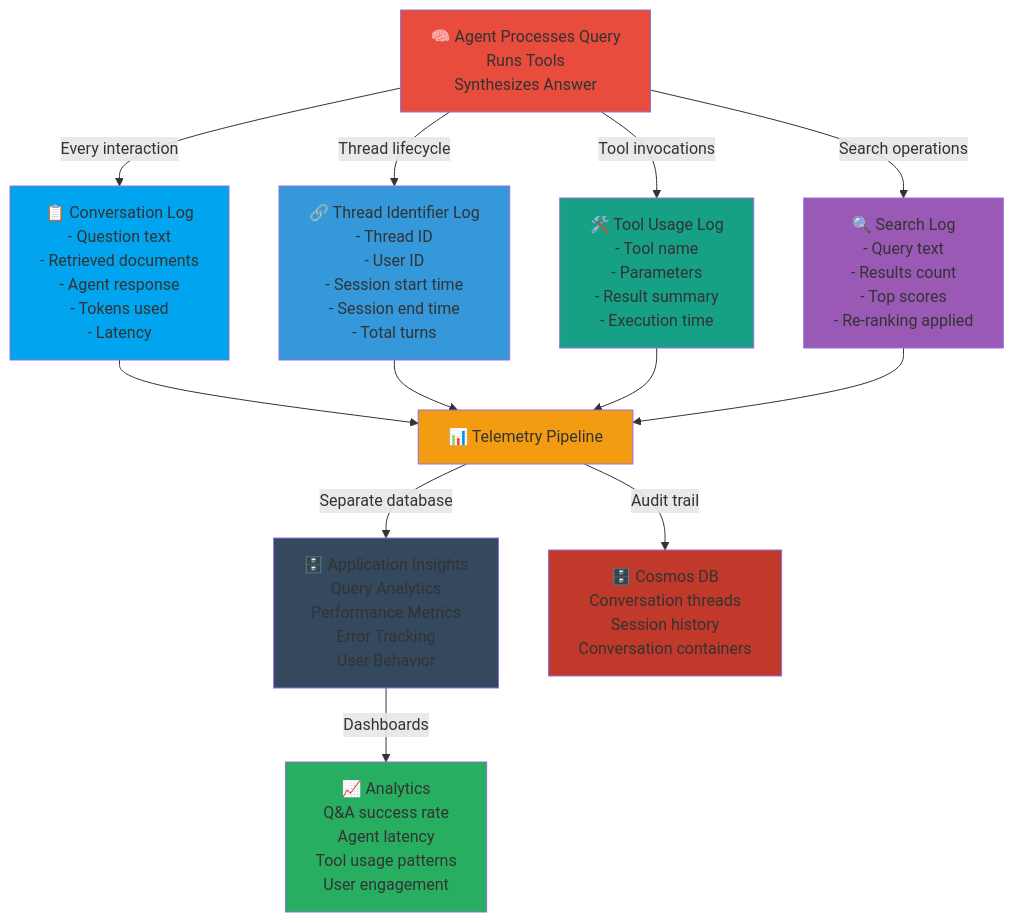
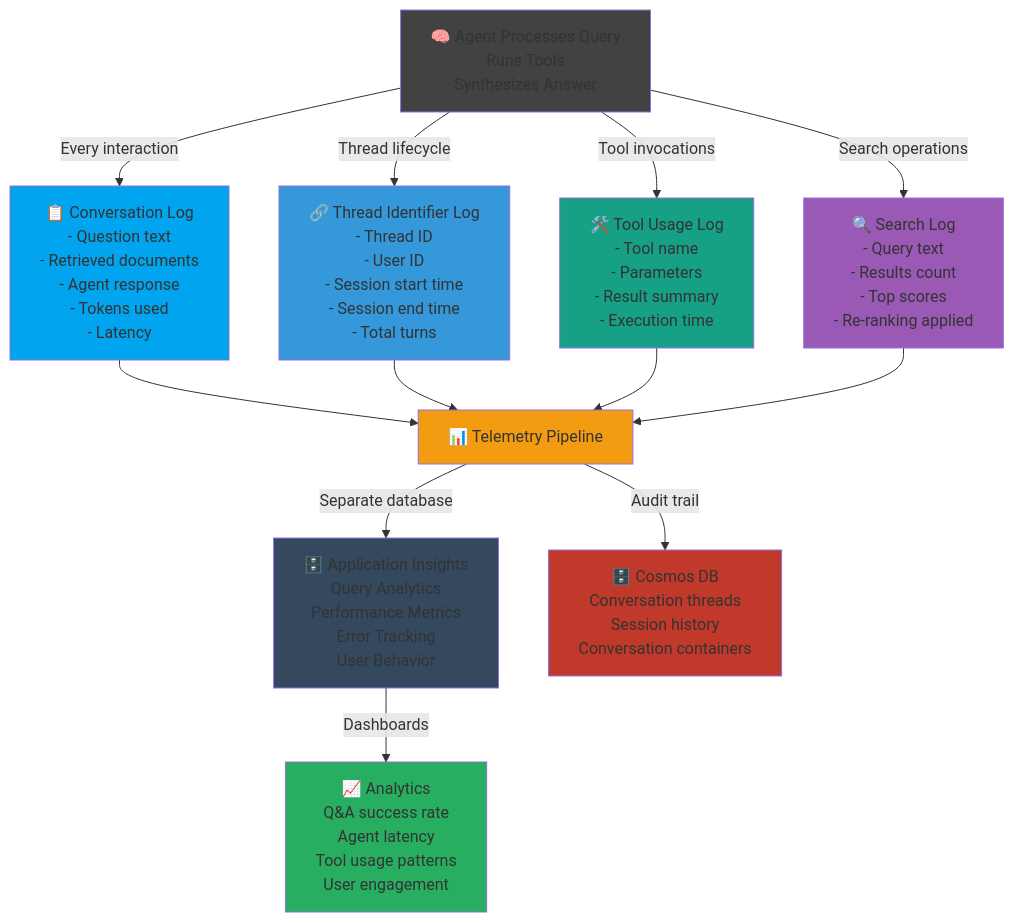
Before and after one commit to gabycb/rag-sample-copy: the third of 3 diagrams in README.md, drawn with Mermaid.

````diff
--- a/README.md
+++ b/README.md
@@ -131,32 +131,32 @@
 ```mermaid
 graph TB
     Agent["🧠 Agent Processes Query<br/>Runs Tools<br/>Synthesizes Answer"]
     
     Telemetry["📊 Telemetry Pipeline"]
     
     Agent -->|Every interaction| Log1["📋 Conversation Log<br/>- Question text<br/>- Retrieved documents<br/>- Agent response<br/>- Tokens used<br/>- Latency"]
     
     Agent -->|Thread lifecycle| Log2["🔗 Thread Identifier Log<br/>- Thread ID<br/>- User ID<br/>- Session start time<br/>- Session end time<br/>- Total turns"]
     
     Agent -->|Tool invocations| Log3["🛠️ Tool Usage Log<br/>- Tool name<br/>- Parameters<br/>- Result summary<br/>- Execution time"]
     
     Agent -->|Search operations| Log4["🔍 Search Log<br/>- Query text<br/>- Results count<br/>- Top scores<br/>- Re-ranking applied"]
     
     Log1 & Log2 & Log3 & Log4 --> Telemetry
     
     Telemetry -->|Separate database| AppInsights["🗄️ Application Insights<br/>Query Analytics<br/>Performance Metrics<br/>Error Tracking<br/>User Behavior"]
     
     Telemetry -->|Audit trail| CosmosDB["🗄️ Cosmos DB<br/>Conversation threads<br/>Session history<br/>Conversation containers"]
     
     AppInsights -->|Dashboards| Dashboard["📈 Analytics<br/>Q&A success rate<br/>Agent latency<br/>Tool usage patterns<br/>User engagement"]
     
-    style Agent fill:#e74c3c
+    style Agent fill:#424242
     style Telemetry fill:#f39c12
     style Log1 fill:#00a4ef
     style Log2 fill:#3498db
     style Log3 fill:#16a085
     style Log4 fill:#9b59b6
     style AppInsights fill:#34495e
     style CosmosDB fill:#c0392b
     style Dashboard fill:#27ae60
 ```
````
